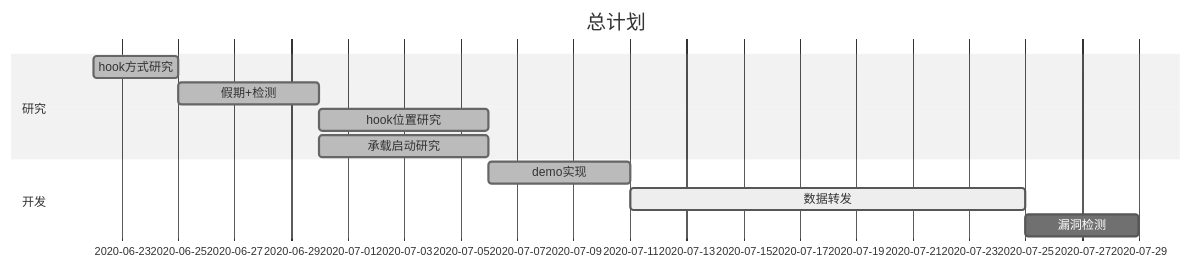
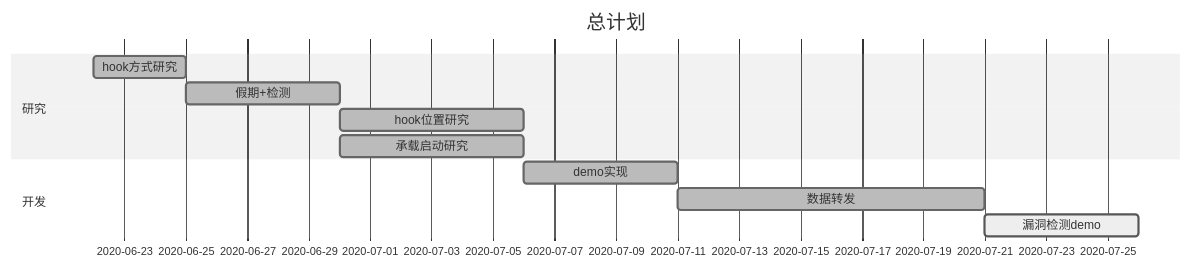
Before and after one commit to luotianqi777/Notebook: the first of 2 diagrams in Plan.md, drawn with Mermaid (neutral theme). The commit also changed other lines of this file and 2 other files, not shown here.

````diff
--- a/Plan.md
+++ b/Plan.md
@@ -3,14 +3,14 @@
 ```mermaid
 gantt
 dateFormat MM-DD
 title 总计划
 section 研究
 hook方式研究: done, hook_find, 06-22, 3d
 假期+检测: done, holiday, after hook_find, 5d
 hook位置研究: done, hook_location, after holiday, 6d
 承载启动研究: done, startup ,after holiday, 6d
 section 开发
 demo实现: done, hook_impl, after startup, 5d
-数据转发: active, data_send, after hook_impl, 14d
-漏洞检测: bug_check, after data_send, 4d
+数据转发: done, data_send, after hook_impl, 10d
+漏洞检测demo: active, bug_check, after data_send, 5d
 ```
````
